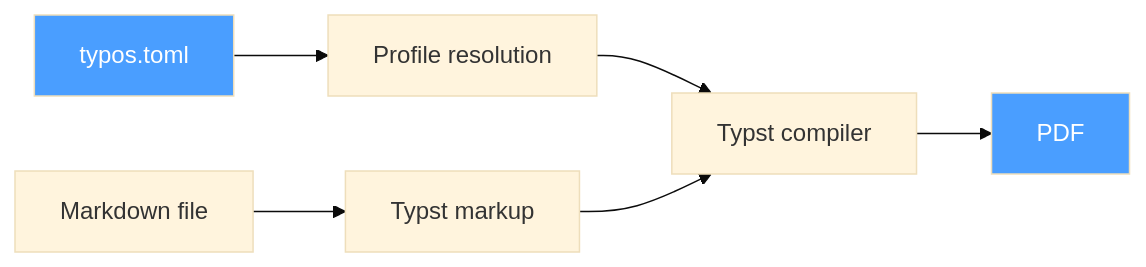
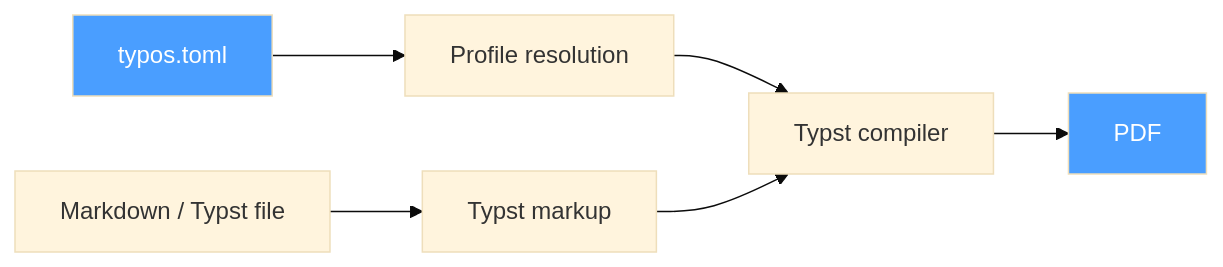
Before and after one commit to LuMiSxh/typos: the diagram in README.md, drawn with Mermaid (base theme). The commit also changed other lines of this file and 14 other files, not shown here.

````diff
--- a/README.md
+++ b/README.md
@@ -20,11 +20,11 @@
 ```mermaid
 graph LR
     A[typos.toml] --> B[Profile resolution]
-    C[Markdown file] --> D[Typst markup]
+    C[Markdown / Typst file] --> D[Typst markup]
     B --> E[Typst compiler]
     D --> E
     E --> F[PDF]
 
     style A fill:#4a9eff,color:#fff
     style F fill:#4a9eff,color:#fff
 ```
````
